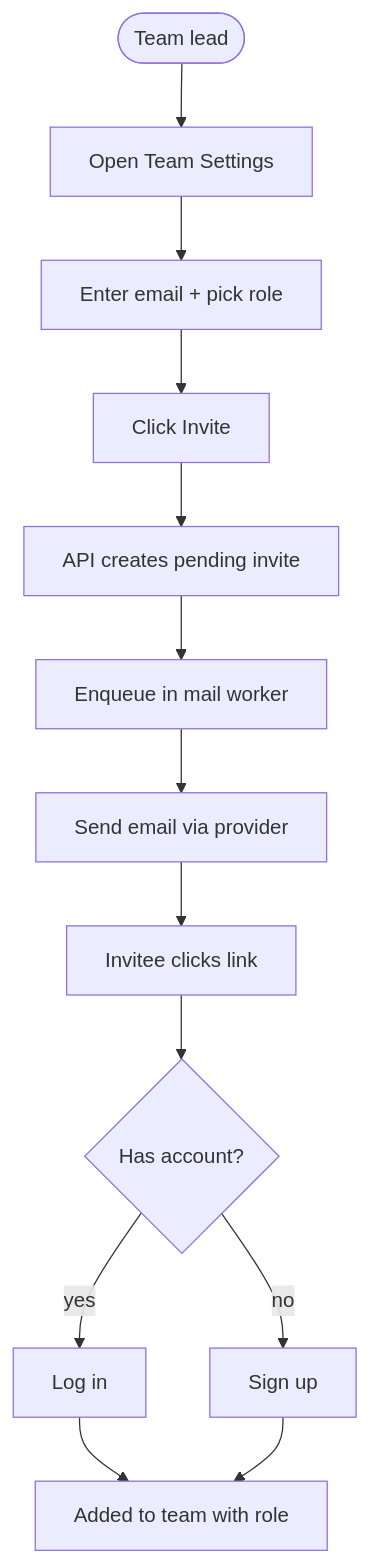
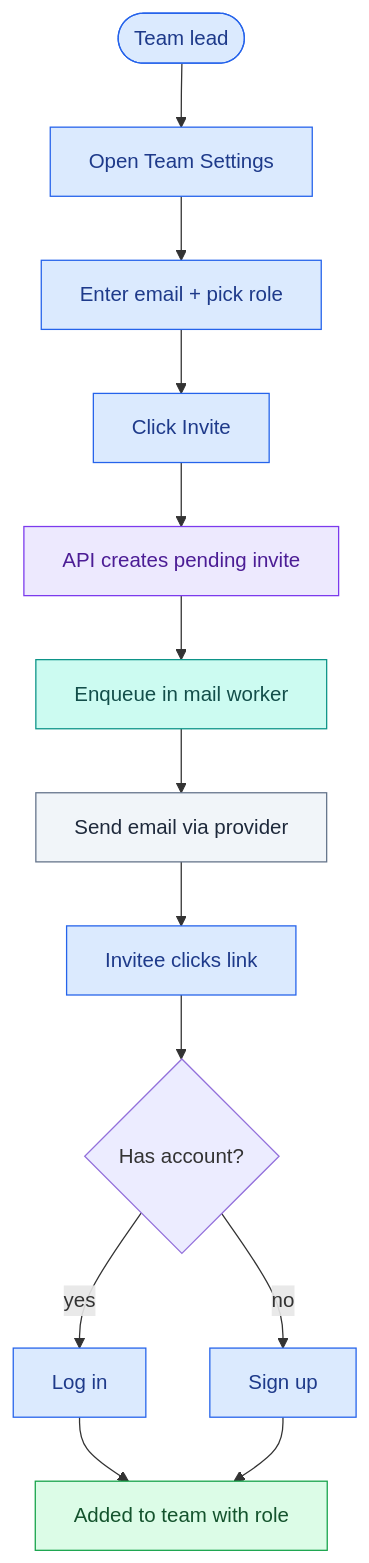
Before and after one commit to ficocelliguy/spec-tacle: the third of 7 diagrams in example/example-spec.md, drawn with Mermaid. The commit also changed other lines of this file and 16 other files, not shown here.

````diff
--- a/example/example-spec.md
+++ b/example/example-spec.md
@@ -269,19 +289,30 @@
 ```mermaid
 flowchart TD
   Lead([Team lead])
   Settings["Open Team Settings"]
   Enter["Enter email + pick role"]
   Invite["Click Invite"]
   API1["API creates pending invite"]
   Queue["Enqueue in mail worker"]
   Send["Send email via provider"]
   Click["Invitee clicks link"]
   Signup{"Has account?"}
   Login["Log in"]
   Register["Sign up"]
   Join["Added to team with role"]
 
   Lead --> Settings --> Enter --> Invite --> API1 --> Queue --> Send --> Click --> Signup
   Signup -- yes --> Login --> Join
   Signup -- no --> Register --> Join
+
+  classDef blue fill:#dbeafe,stroke:#2563eb,color:#1e3a8a
+  classDef purple fill:#ede9fe,stroke:#7c3aed,color:#4c1d95
+  classDef teal fill:#ccfbf1,stroke:#0d9488,color:#134e4a
+  classDef green fill:#dcfce7,stroke:#16a34a,color:#14532d
+  classDef gray fill:#f1f5f9,stroke:#64748b,color:#1e293b
+  class Lead,Settings,Enter,Invite,Click,Login,Register blue
+  class API1 purple
+  class Queue teal
+  class Join green
+  class Send gray
 ```
````
